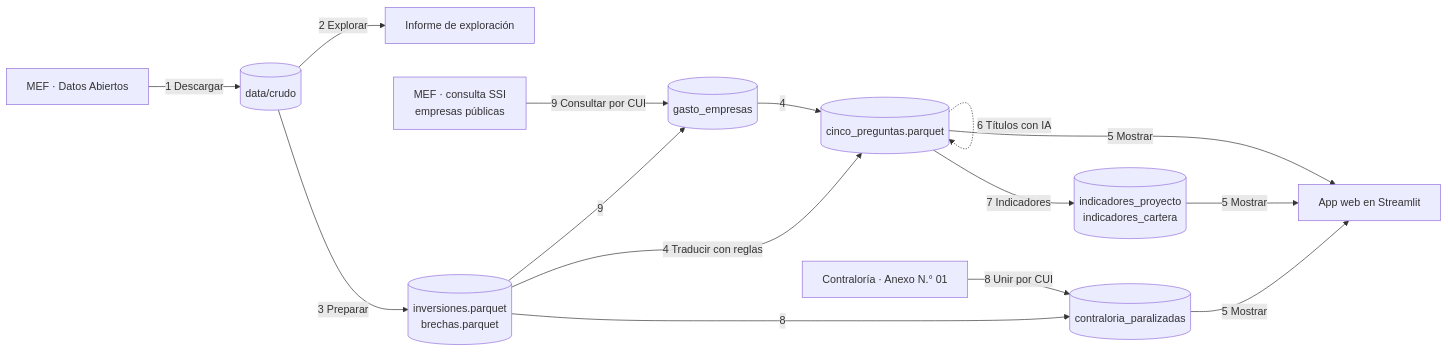
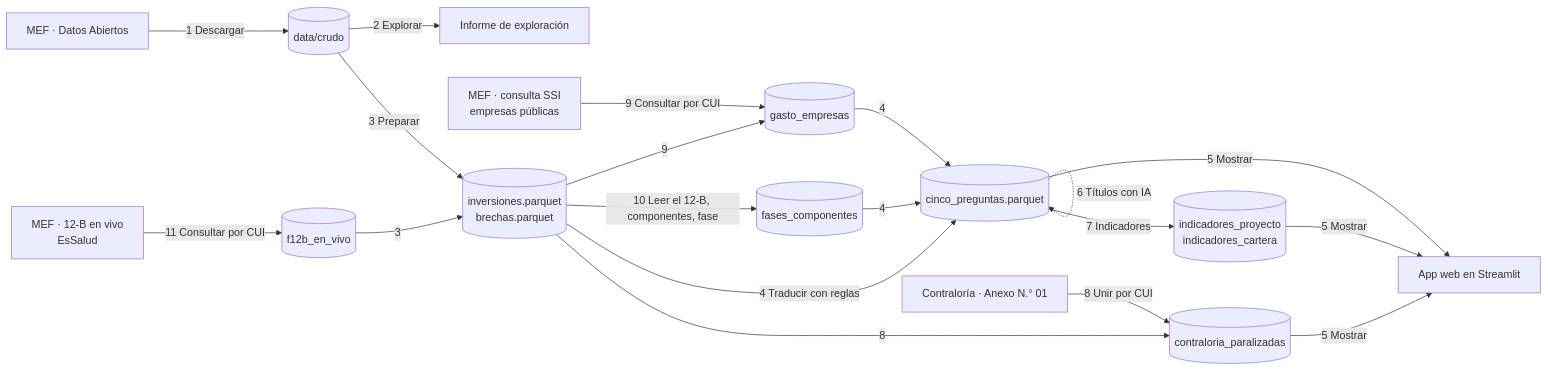
One commit to diegosimemirror/tarea5 changed the diagram in docs/mapa_de_procesos.md. Above: the diagram before and after it, drawn with Mermaid. The commit also changed other lines of this file and 27 other files, not shown here.

````diff
--- a/docs/mapa_de_procesos.md
+++ b/docs/mapa_de_procesos.md
@@ -18,17 +20,21 @@
 ```mermaid
 flowchart LR
   A[MEF · Datos Abiertos] -->|1 Descargar| B[(data/crudo)]
   B -->|2 Explorar| C[Informe de exploración]
   B -->|3 Preparar| D[(inversiones.parquet<br>brechas.parquet)]
   J[MEF · consulta SSI<br>empresas públicas] -->|9 Consultar por CUI| K[(gasto_empresas)]
   D -->|9| K
   K -->|4| E
+  L[MEF · 12-B en vivo<br>EsSalud] -->|11 Consultar por CUI| M[(f12b_en_vivo)]
+  M -->|3| D
+  D -->|10 Leer el 12-B, componentes, fase| N[(fases_componentes)]
+  N -->|4| E
   D -->|4 Traducir con reglas| E[(cinco_preguntas.parquet)]
   E -.->|6 Títulos con IA| E
   E -->|7 Indicadores| G[(indicadores_proyecto<br>indicadores_cartera)]
   E -->|5 Mostrar| F[App web en Streamlit]
   G -->|5 Mostrar| F
   H[Contraloría · Anexo N.° 01] -->|8 Unir por CUI| I[(contraloria_paralizadas)]
   D -->|8| I
   I -->|5 Mostrar| F
 ```
````
